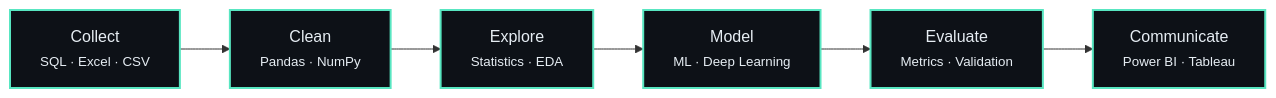
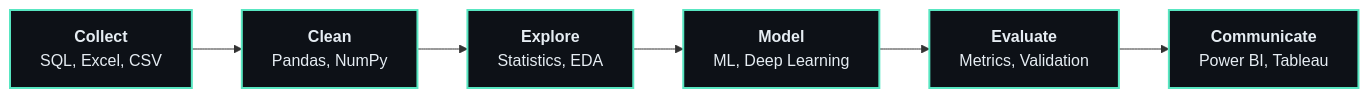
One commit to shashankmishra23/shashankmishra23 changed the diagram in README.md. Above: the diagram before and after it, drawn with Mermaid. The commit also changed other lines of this file, not shown here.

Commit message:
Fix workflow diagram and remove unavailable graph

````diff
--- a/README.md
+++ b/README.md
@@ -85,10 +85,10 @@
 ```mermaid
 flowchart LR
-    A["Collect<br/><small>SQL · Excel · CSV</small>"] --> B["Clean<br/><small>Pandas · NumPy</small>"]
-    B --> C["Explore<br/><small>Statistics · EDA</small>"]
-    C --> D["Model<br/><small>ML · Deep Learning</small>"]
-    D --> E["Evaluate<br/><small>Metrics · Validation</small>"]
-    E --> F["Communicate<br/><small>Power BI · Tableau</small>"]
+    A["<b>Collect</b><br/>SQL, Excel, CSV"] --> B["<b>Clean</b><br/>Pandas, NumPy"]
+    B --> C["<b>Explore</b><br/>Statistics, EDA"]
+    C --> D["<b>Model</b><br/>ML, Deep Learning"]
+    D --> E["<b>Evaluate</b><br/>Metrics, Validation"]
+    E --> F["<b>Communicate</b><br/>Power BI, Tableau"]
     classDef step fill:#0d1117,stroke:#58e6c1,stroke-width:2px,color:#e6edf3
     class A,B,C,D,E,F step
 ```
````
